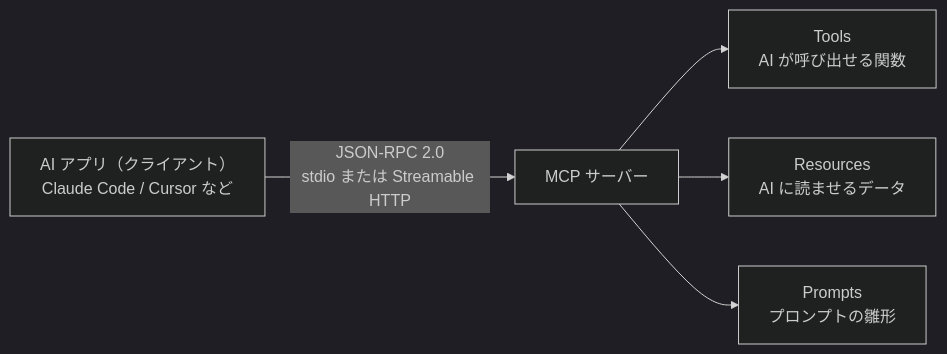
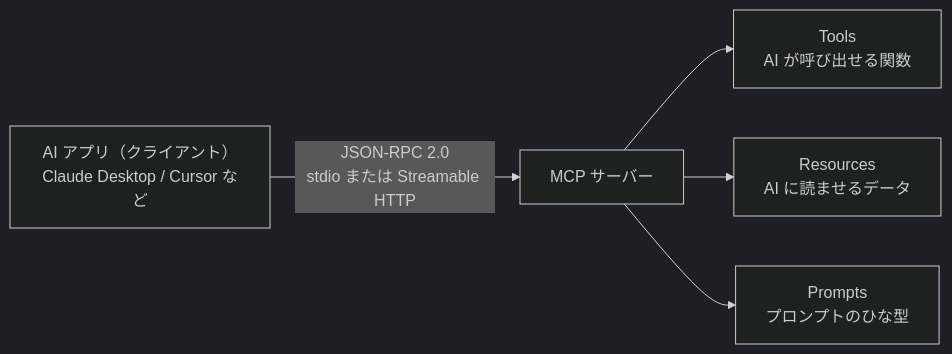
One commit to yamazaki-yuki-23/qiita-tech-blogs changed the first of 5 diagrams in public/2026-08-mcp-2026-07-28.md. Above: the diagram before and after it, drawn with Mermaid (dark theme). The commit also changed other lines of this file and 1 other file, not shown here.

````diff
--- a/public/2026-08-mcp-2026-07-28.md
+++ b/public/2026-08-mcp-2026-07-28.md
@@ -69,13 +62,13 @@
 ```mermaid
 flowchart LR
-    ai["AI アプリ（クライアント）<br/>Claude Code / Cursor など"]
+    ai["AI アプリ（クライアント）<br/>Claude Desktop / Cursor など"]
     server["MCP サーバー"]
     tools["Tools<br/>AI が呼び出せる関数"]
     resources["Resources<br/>AI に読ませるデータ"]
-    prompts["Prompts<br/>プロンプトの雛形"]
+    prompts["Prompts<br/>プロンプトのひな型"]
 
     ai -->|"JSON-RPC 2.0<br/>stdio または Streamable HTTP"| server
     server --> tools
     server --> resources
     server --> prompts
 ```
````
